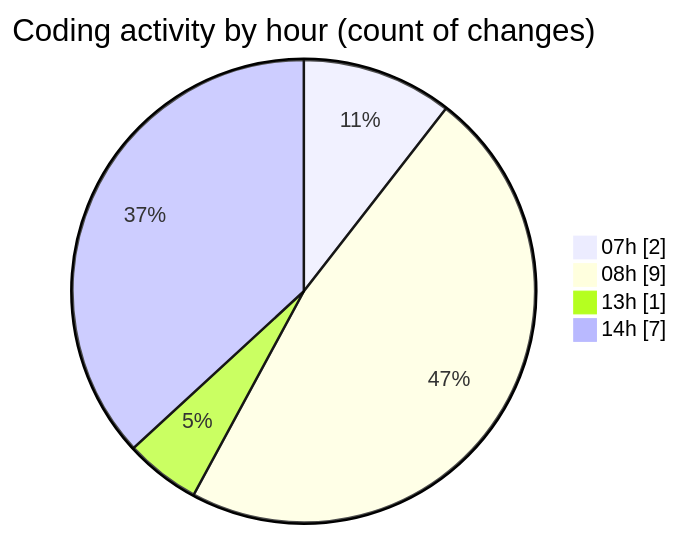
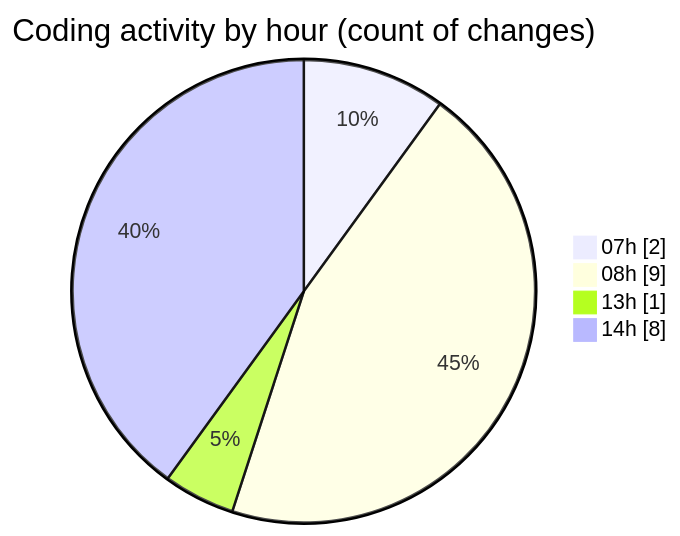
One commit to Elitesun/code-tracking changed the second of 2 diagrams in 2025-05-14/niten/README.md. Above: the diagram before and after it, drawn with Mermaid. The commit also changed other lines of this file and 1 other file, not shown here.

````diff
--- a/2025-05-14/niten/README.md
+++ b/2025-05-14/niten/README.md
@@ -40,8 +40,8 @@
 ```mermaid
 pie showData
 title Coding activity by hour (count of changes)
 "07h" : 2
 "08h" : 9
 "13h" : 1
-"14h" : 7
+"14h" : 8
 ```
````
